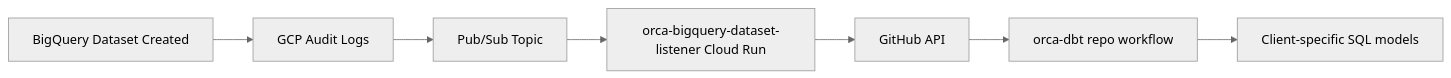
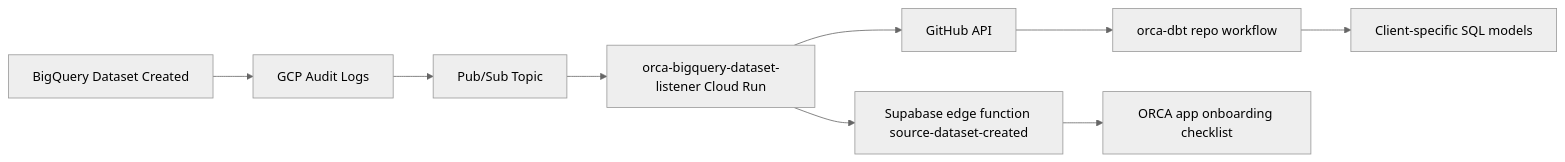
The diagram in ORCA-CONTEXT.md (ORCA-Analytics/orca-bigquery-dataset-listener), drawn with Mermaid (neutral theme) before and after one commit. The commit also changed other lines of this file and 2 other files, not shown here.

First line of the commit message:
ENG-263: Tell Supabase when a brand's first dataset lands

````diff
--- a/ORCA-CONTEXT.md
+++ b/ORCA-CONTEXT.md
@@ -97,9 +102,11 @@
 ```mermaid
 flowchart LR
     BQDataset[BigQuery Dataset Created] --> AuditLog[GCP Audit Logs]
     AuditLog --> PubSub[Pub/Sub Topic]
     PubSub --> Listener[orca-bigquery-dataset-listener Cloud Run]
     Listener --> GitHubAPI[GitHub API]
     GitHubAPI --> DBTRepo[orca-dbt repo workflow]
     DBTRepo --> NewFiles[Client-specific SQL models]
+    Listener --> EdgeFn[Supabase edge function source-dataset-created]
+    EdgeFn --> Checklist[ORCA app onboarding checklist]
 ```
````
